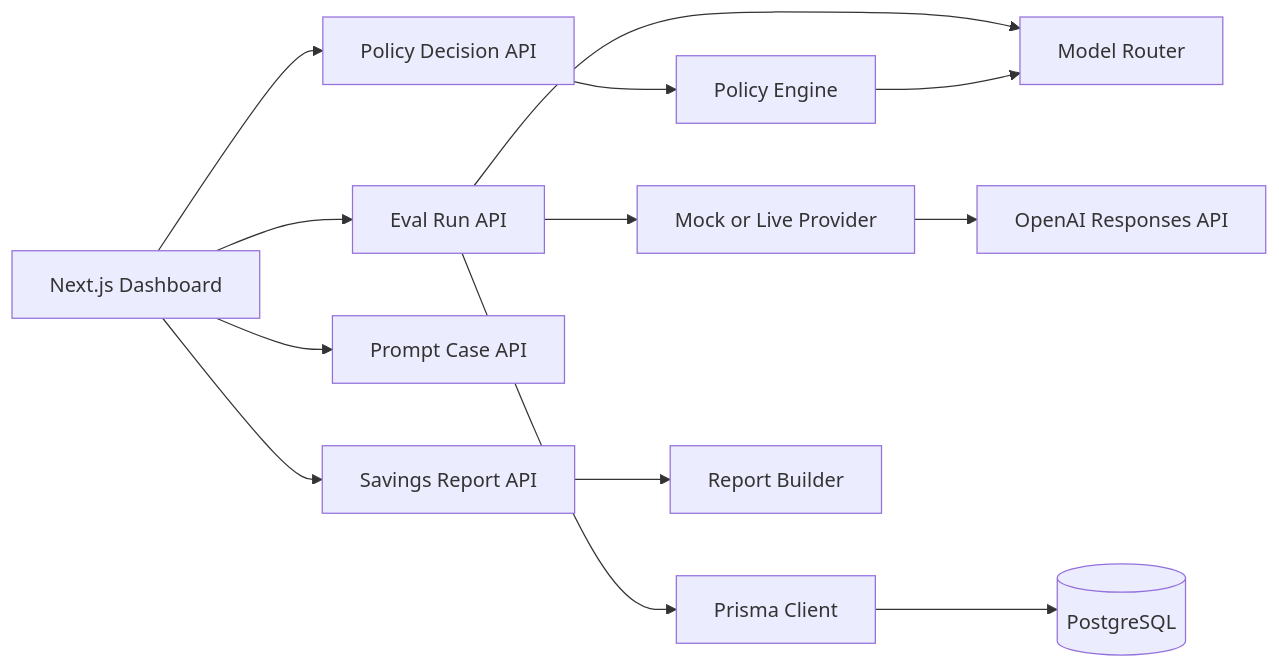
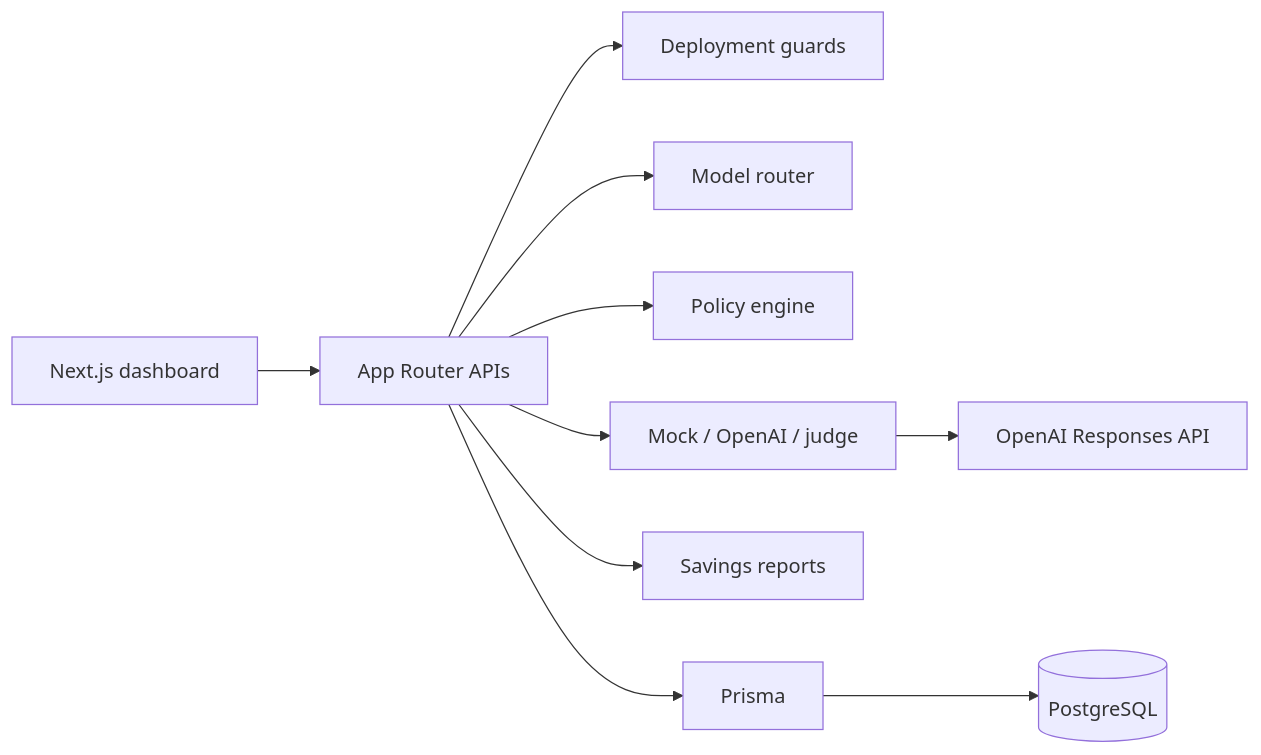
One commit to Rohanasudani/enterprise-ai-model-router changed the diagram in README.md. Above: the diagram before and after it, drawn with Mermaid. The commit also changed other lines of this file and 15 other files, not shown here.

````diff
--- a/README.md
+++ b/README.md
@@ -94,17 +40,12 @@
 ```mermaid
 flowchart LR
-  Dashboard[Next.js Dashboard] --> EvalAPI[Eval Run API]
-  Dashboard --> PolicyAPI[Policy Decision API]
-  Dashboard --> PromptAPI[Prompt Case API]
-  Dashboard --> ReportAPI[Savings Report API]
-
-  EvalAPI --> Router[Model Router]
-  EvalAPI --> Provider[Mock or Live Provider]
-  EvalAPI --> Prisma[Prisma Client]
-  PolicyAPI --> Policy[Policy Engine]
-  Policy --> Router
-  ReportAPI --> Reports[Report Builder]
-
+  UI[Next.js dashboard] --> API[App Router APIs]
+  API --> Guards[Deployment guards]
+  API --> Router[Model router]
+  API --> Policy[Policy engine]
+  API --> Providers[Mock / OpenAI / judge]
+  API --> Reports[Savings reports]
+  API --> Prisma[Prisma]
   Prisma --> Postgres[(PostgreSQL)]
-  Provider --> OpenAI[OpenAI Responses API]
+  Providers --> OpenAI[OpenAI Responses API]
 ```
````
